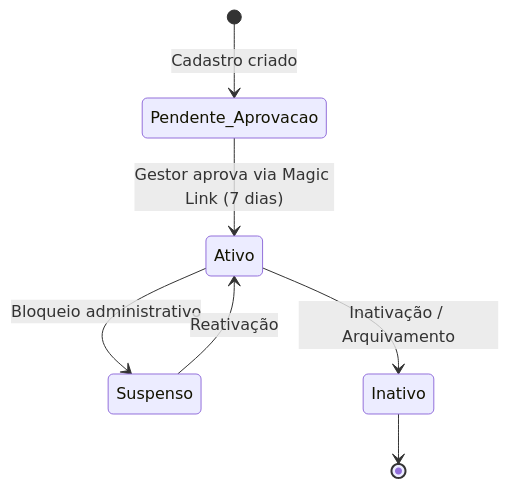
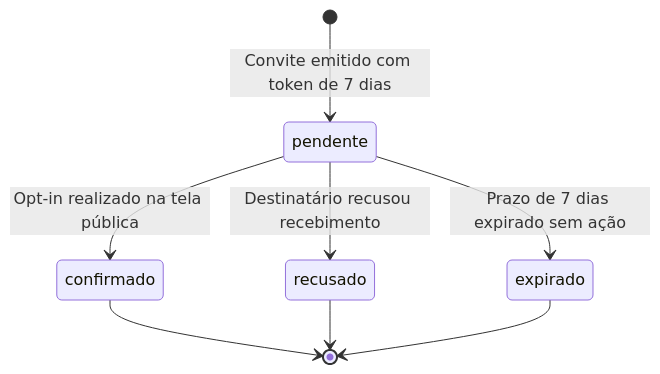
The fourth of 4 diagrams in _reversa_sdd/state-machines.md (andresouza72br-sketch/SHM---Support-Hours-Manage), drawn with Mermaid before and after one commit. The commit also changed other lines of this file and 4 other files, not shown here.

````diff
--- a/_reversa_sdd/state-machines.md
+++ b/_reversa_sdd/state-machines.md
@@ -67,9 +68,10 @@
 ```mermaid
 stateDiagram-v2
-    [*] --> Pendente_Aprovacao: Cadastro criado
-    Pendente_Aprovacao --> Ativo: Gestor aprova via Magic Link (7 dias)
-    Ativo --> Suspenso: Bloqueio administrativo
-    Suspenso --> Ativo: Reativação
-    Ativo --> Inativo: Inativação / Arquivamento
-    Inativo --> [*]
+    [*] --> pendente: Convite emitido com token de 7 dias
+    pendente --> confirmado: Opt-in realizado na tela pública
+    pendente --> recusado: Destinatário recusou recebimento
+    pendente --> expirado: Prazo de 7 dias expirado sem ação
+    confirmado --> [*]
+    recusado --> [*]
+    expirado --> [*]
 ```
````
